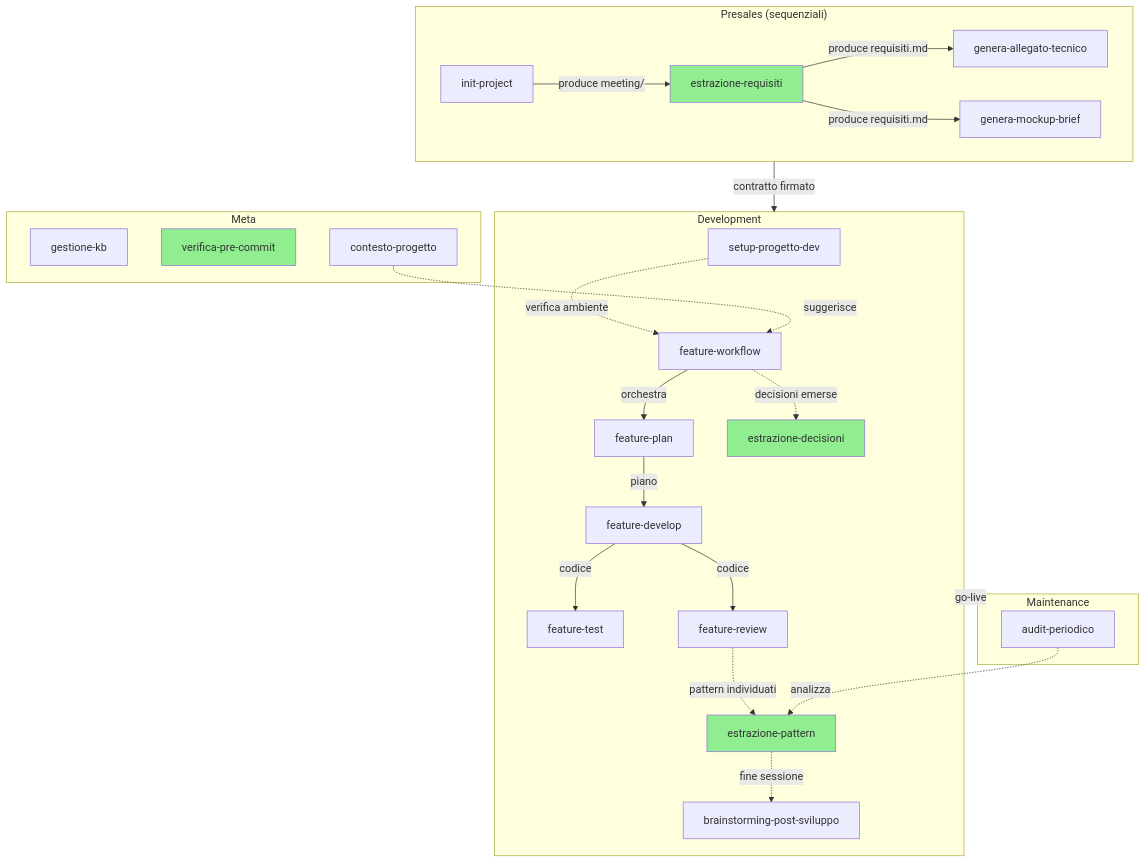
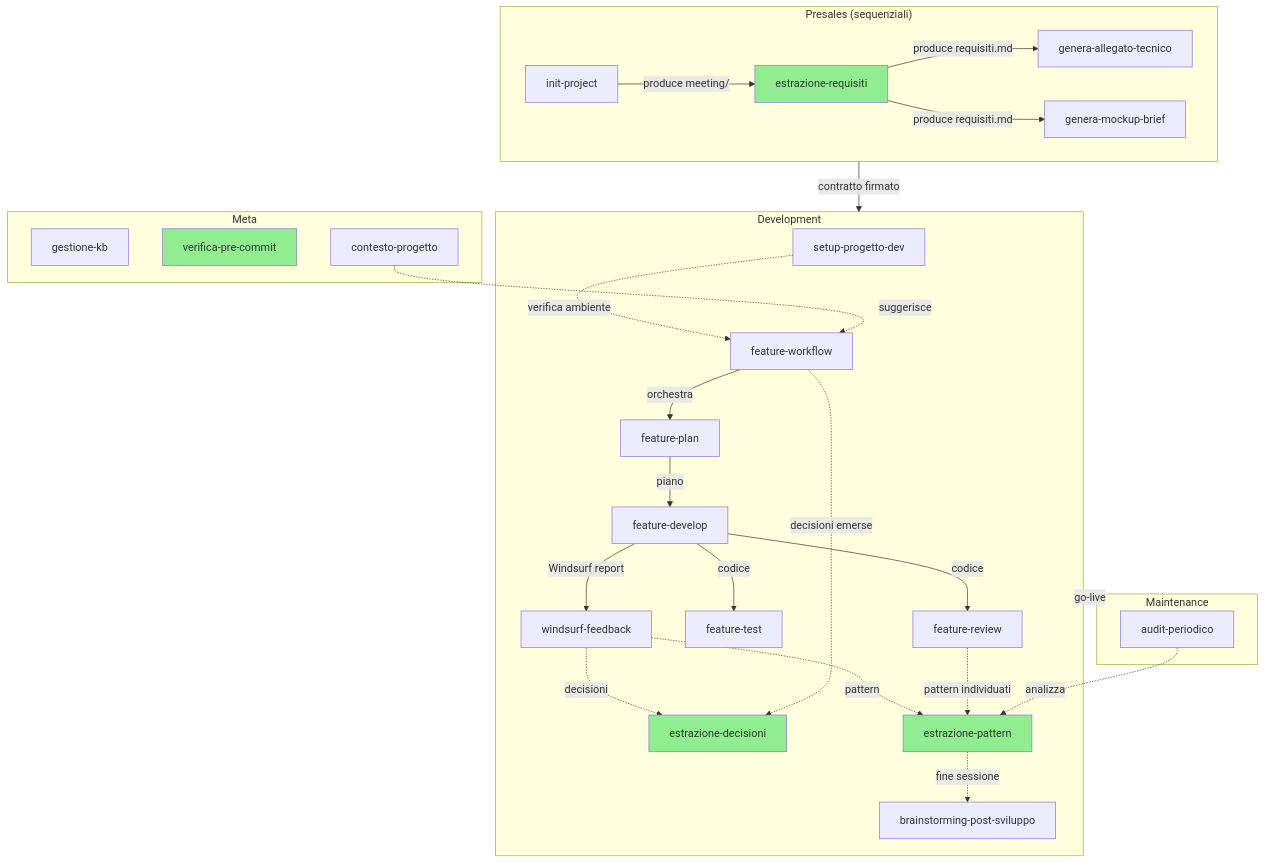
One commit to SimoneBriganteLaif/SimoneAI changed diagram 20 of 20 in docs/skills.md. Above: the diagram before and after it, drawn with Mermaid. The commit also changed other lines of this file and 12 other files, not shown here.

````diff
--- a/docs/skills.md
+++ b/docs/skills.md
@@ -623,39 +661,42 @@
 ```mermaid
 flowchart TD
     subgraph PRESALES["Presales (sequenziali)"]
         IP[init-project] -->|produce meeting/| ER[estrazione-requisiti]
         ER -->|produce requisiti.md| GAT[genera-allegato-tecnico]
         ER -->|produce requisiti.md| GMB[genera-mockup-brief]
     end
 
     subgraph DEV["Development"]
         SPD[setup-progetto-dev] -.->|verifica ambiente| FW[feature-workflow]
         FW -->|orchestra| FPL[feature-plan]
         FPL -->|piano| FDV[feature-develop]
+        FDV -->|Windsurf report| WFB[windsurf-feedback]
         FDV -->|codice| FTS[feature-test]
         FDV -->|codice| FRV[feature-review]
-        FW -.->|decisioni emerse| ED[estrazione-decisioni]
-        FRV -.->|pattern individuati| EP[estrazione-pattern]
+        WFB -.->|decisioni| ED[estrazione-decisioni]
+        WFB -.->|pattern| EP[estrazione-pattern]
+        FW -.->|decisioni emerse| ED
+        FRV -.->|pattern individuati| EP
         EP -.->|fine sessione| BPS[brainstorming-post-sviluppo]
     end
 
     subgraph MAINT["Maintenance"]
         AP[audit-periodico]
         AP -.->|analizza| EP
     end
 
     subgraph META["Meta"]
         GKB[gestione-kb]
         VPC[verifica-pre-commit]
         CTP[contesto-progetto]
         CTP -.->|suggerisce| FW
     end
 
     PRESALES -->|contratto firmato| DEV
     DEV -->|go-live| MAINT
 
     style ER fill:#90EE90
     style ED fill:#90EE90
     style EP fill:#90EE90
     style VPC fill:#90EE90
 ```
````
